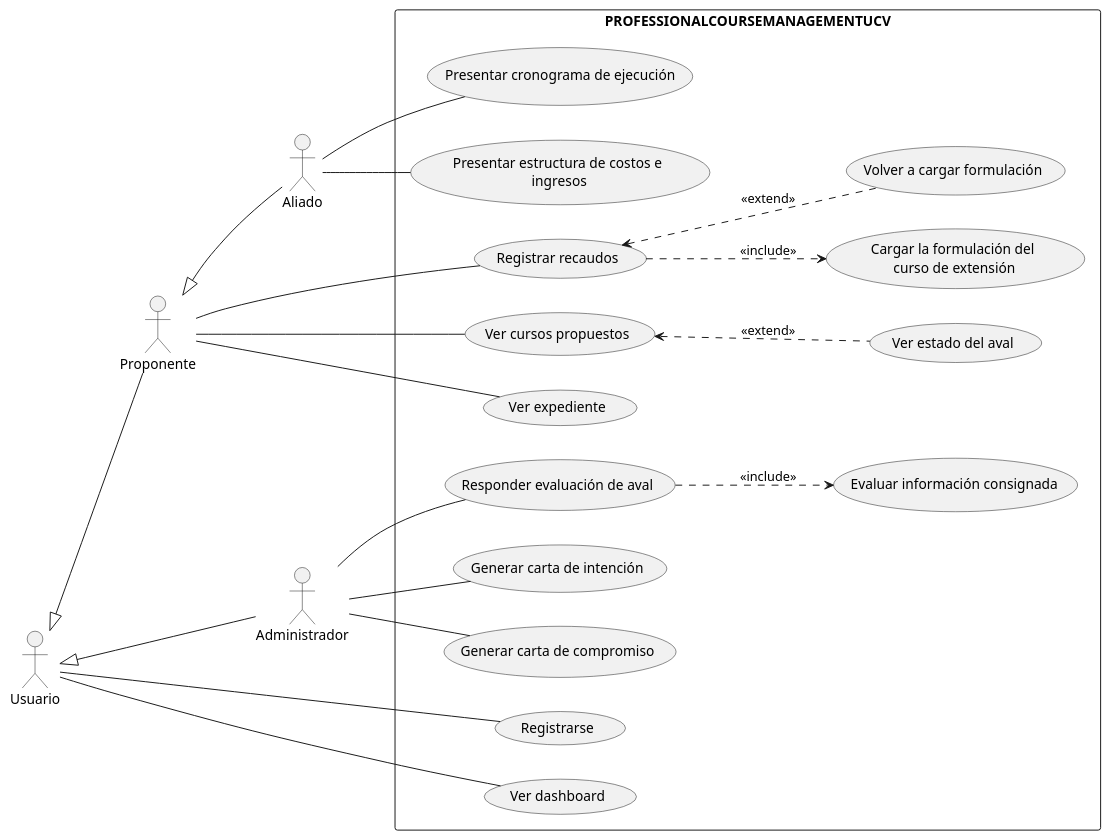
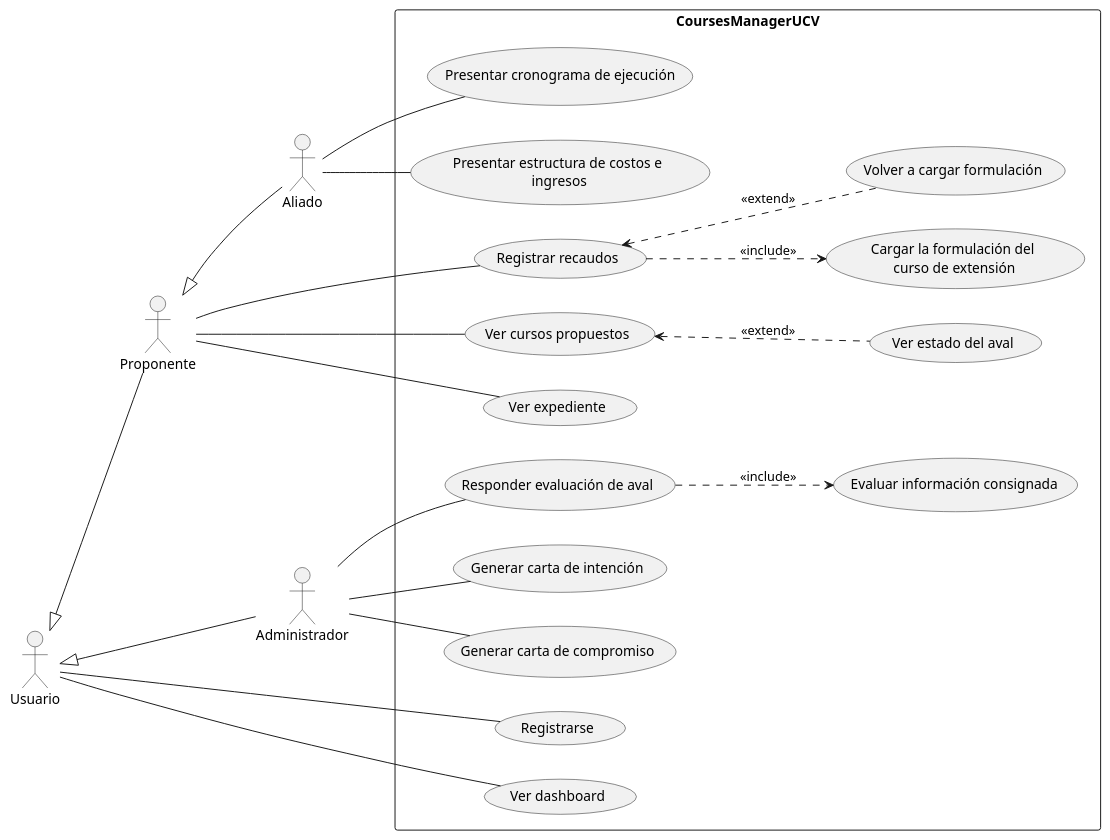
The diagram in docs/scenariosView/DiagramaDeCasosDeUso.plantuml (Samantha-Ramirez/ProyectoEquipo7ING), drawn with PlantUML before and after one commit. The commit also changed 4 other files, not shown here.

```diff
--- a/docs/scenariosView/DiagramaDeCasosDeUso.plantuml
+++ b/docs/scenariosView/DiagramaDeCasosDeUso.plantuml
@@ -1,61 +1,61 @@
 @startuml DiagramaDeCasosDeUso
 'INICIO DE CASO DE USO
 
 'PRIMER ACTOR
 actor :Usuario: as Men1
 actor :Proponente: as Men2
 actor :Administrador: as Men3
 actor :Aliado: as Men4
 
 Men1 <|-- Men2
 Men1 <|-- Men3
 Men2 <|-- Men4
 left to right direction
 
 'INICIO DEL LIMITE
-rectangle PROFESSIONALCOURSEMANAGEMENTUCV{
+rectangle CoursesManagerUCV{
 (Registrarse) as (UC1)
 
 
 (Registrar recaudos) as (UC3)
 (Ver cursos propuestos) as (UC14)
 (Ver estado del aval) as (UC12)
 (Ver expediente) as (UC11)
 
 'CASO INCLUDE
 (Cargar la formulación del\n curso de extensión) as (UC5)
 
 (Ver dashboard) as (UC2)
 
 'CASO EXTEND
 (Volver a cargar formulación) as (UCE1)
 
 (Evaluar información consignada) as (UC6)
 (Responder evaluación de aval) as (UC7)
 (Generar carta de intención) as (UC8)
 (Generar carta de compromiso) as (UC13)
 
 (Presentar cronograma de ejecución) as (UC9)
 (Presentar estructura de costos e\n ingresos) as (UC10)
 }
 
 Men1 -- UC1
 Men1 -- UC2
 
 Men2 -- UC3
 Men2 -- UC14
 UC14 <.. UC12: <<extend>>
 Men2 -- UC11
 UC3 ..> UC5  : <<include>>
 
 Men3 -- UC7
 UC7 ..> UC6  : <<include>>
 Men3 -- UC8
 Men3 --UC13
 
 Men4 -- UC9
 Men4 -- UC10
 
 UC3 <.. UCE1 : <<extend>>
 
 @enduml
```
